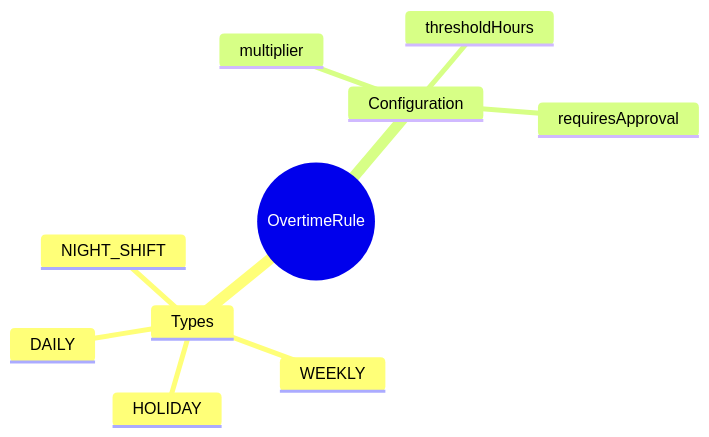
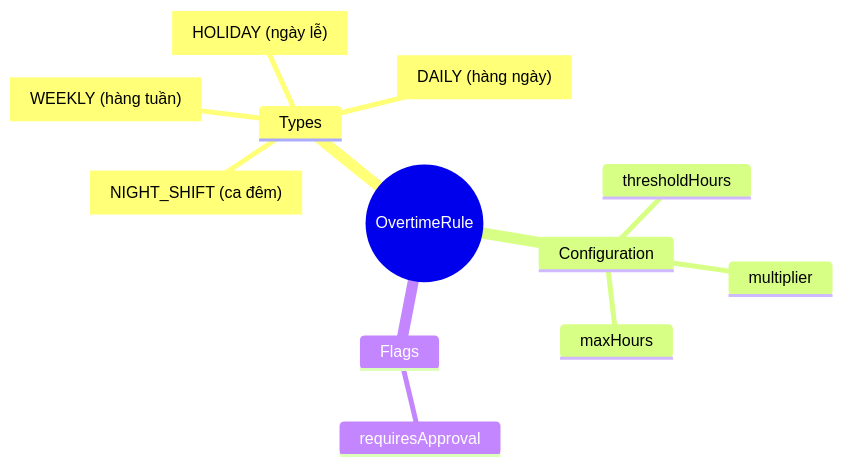
One commit to a4b-corporation/xTalent changed the first of 4 diagrams in docs/01-modules/TA/00-ontology/domain/overtime/overtime-rule.onto.md. Above: the diagram before and after it, drawn with Mermaid. The commit also changed other lines of this file and 12 other files, not shown here.

````diff
--- a/docs/01-modules/TA/00-ontology/domain/overtime/overtime-rule.onto.md
+++ b/docs/01-modules/TA/00-ontology/domain/overtime/overtime-rule.onto.md
@@ -96,13 +125,15 @@
 ```mermaid
 mindmap
   root((OvertimeRule))
     Types
-      DAILY
-      WEEKLY
-      HOLIDAY
-      NIGHT_SHIFT
+      DAILY["DAILY (hàng ngày)"]
+      WEEKLY["WEEKLY (hàng tuần)"]
+      HOLIDAY["HOLIDAY (ngày lễ)"]
+      NIGHT_SHIFT["NIGHT_SHIFT (ca đêm)"]
     Configuration
       thresholdHours
       multiplier
+      maxHours
+    Flags
       requiresApproval
 ```
````
